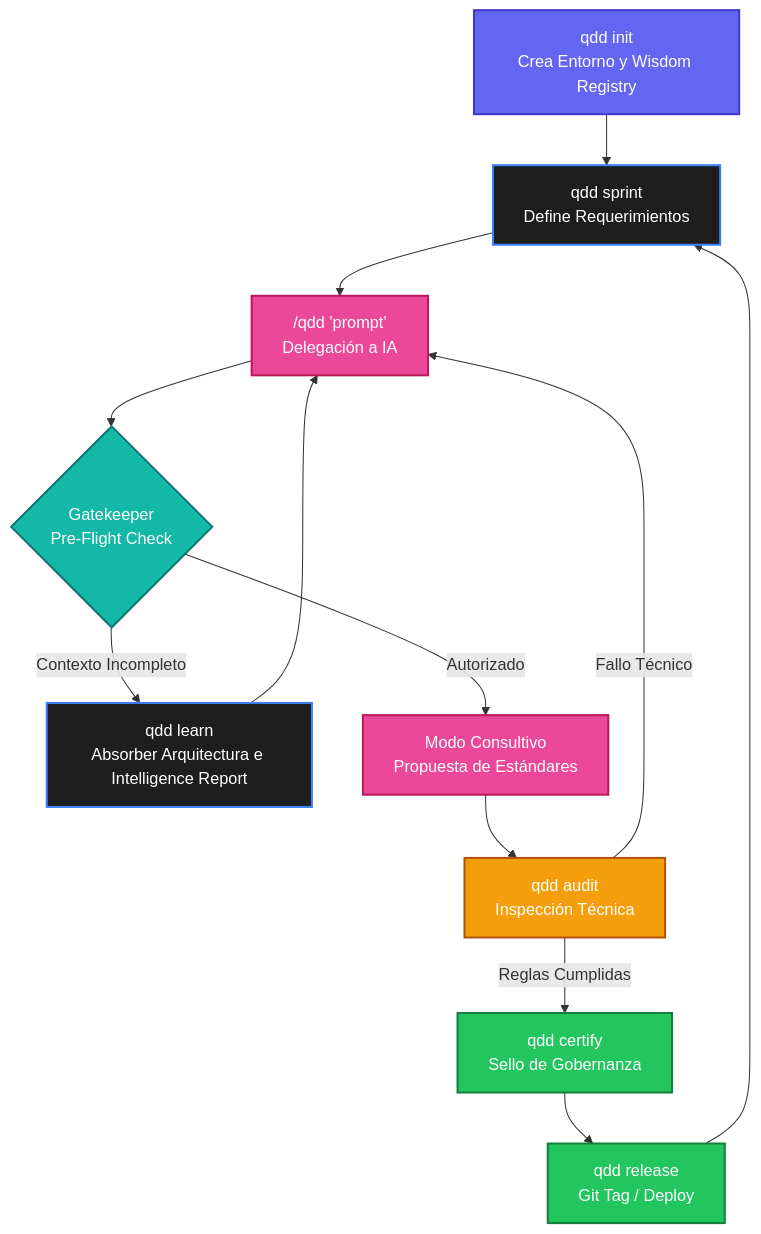
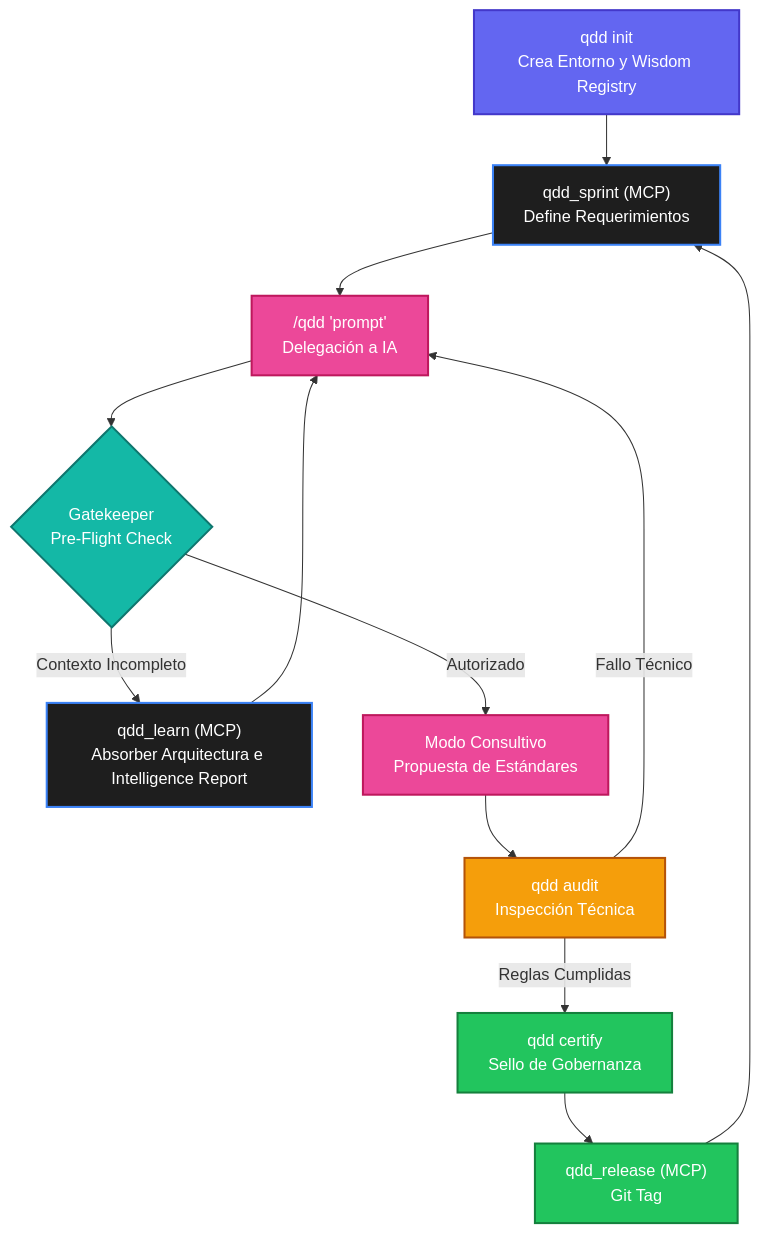
Before and after one commit to trdago/qdd-framework: the diagram in docs/command-reference.md, drawn with Mermaid. The commit also changed other lines of this file and 9 other files, not shown here.

````diff
--- a/docs/command-reference.md
+++ b/docs/command-reference.md
@@ -11,34 +11,34 @@
 ```mermaid
 graph TD
     %% Estilos Globales
     classDef default fill:#1e1e1e,stroke:#3b82f6,stroke-width:2px,color:#fff;
     classDef init fill:#6366f1,stroke:#4338ca,stroke-width:2px,color:#fff;
     classDef agent fill:#ec4899,stroke:#be185d,stroke-width:2px,color:#fff;
     classDef gatekeeper fill:#14b8a6,stroke:#0f766e,stroke-width:2px,color:#fff;
     classDef success fill:#22c55e,stroke:#15803d,stroke-width:2px,color:#fff;
     classDef warning fill:#f59e0b,stroke:#b45309,stroke-width:2px,color:#fff;
 
     %% Nodos
     A["qdd init<br/>Crea Entorno y Wisdom Registry"]:::init
-    B["qdd sprint<br/>Define Requerimientos"]:::default
+    B["qdd_sprint (MCP)<br/>Define Requerimientos"]:::default
     C["/qdd 'prompt'<br/>Delegación a IA"]:::agent
     D{"Gatekeeper<br/>Pre-Flight Check"}:::gatekeeper
-    E["qdd learn<br/>Absorber Arquitectura e Intelligence Report"]:::default
+    E["qdd_learn (MCP)<br/>Absorber Arquitectura e Intelligence Report"]:::default
     F["Modo Consultivo<br/>Propuesta de Estándares"]:::agent
     G["qdd audit<br/>Inspección Técnica"]:::warning
     H["qdd certify<br/>Sello de Gobernanza"]:::success
-    I["qdd release<br/>Git Tag / Deploy"]:::success
+    I["qdd_release (MCP)<br/>Git Tag"]:::success
 
     %% Conexiones
     A --> B
     B --> C
     C --> D
     D -- Contexto Incompleto --> E
     E --> C
     D -- Autorizado --> F
     F --> G
     G -- Fallo Técnico --> C
     G -- Reglas Cumplidas --> H
     H --> I
     I --> B
 ```
````
